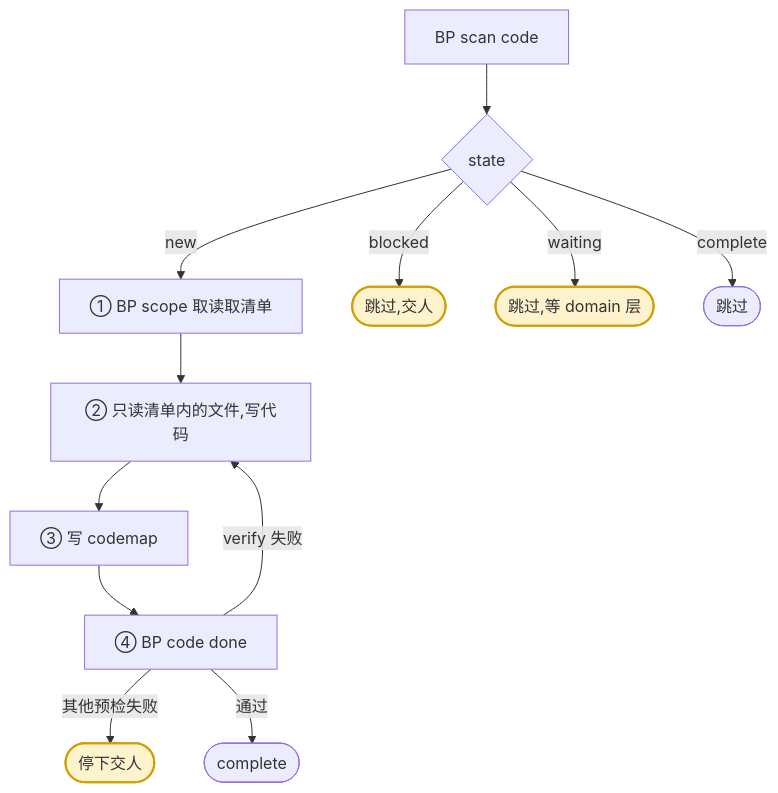
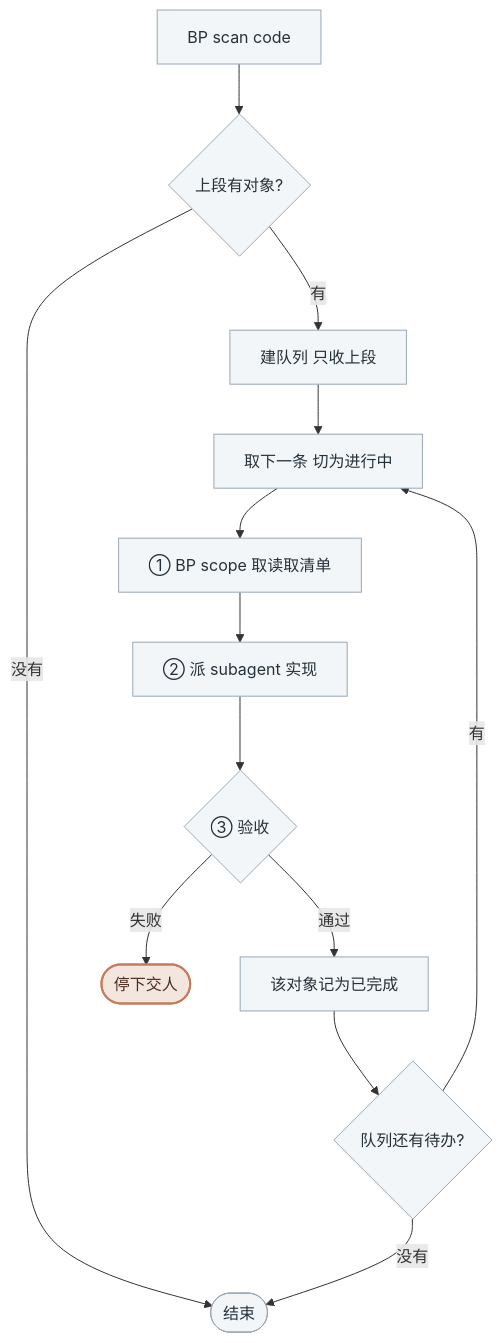
The diagram in skills/blueprint/assets/skills/code.md (chxt100016/blueprint), drawn with Mermaid before and after one commit. The commit also changed other lines of this file and 50 other files, not shown here.

````diff
--- a/skills/blueprint/assets/skills/code.md
+++ b/skills/blueprint/assets/skills/code.md
@@ -41,17 +57,19 @@
 ```mermaid
 flowchart TD
-    A[BP scan code] --> B{state}
-    B -->|new| C[① BP scope 取读取清单]
-    B -->|blocked| D([跳过,交人])
-    B -->|waiting| E([跳过,等 domain 层])
-    B -->|complete| F([跳过])
-    C --> G[② 只读清单内的文件,写代码]
-    G --> H[③ 写 codemap]
-    H --> I[④ BP code done]
-    I -->|verify 失败| G
-    I -->|其他预检失败| J([停下交人])
-    I -->|通过| K([complete])
+    S1[BP scan code] --> S2{上段有对象?}
+    S2 -->|没有| ZZ([结束])
+    S2 -->|有| S3[建队列 只收上段]
+    S3 --> S4[取下一条 切为进行中]
+    S4 --> C[① BP scope 取读取清单]
+    C --> D[② 派 subagent 实现]
+    D --> E{③ 验收}
+    E -->|失败| J([停下交人])
+    E -->|通过| S5[该对象记为已完成]
+    S5 --> S6{队列还有待办?}
+    S6 -->|有| S4
+    S6 -->|没有| ZZ
 
-    classDef human fill:#fff3cd,stroke:#d39e00,stroke-width:2px
-    class D,E,J human
+    classDef default fill:#f3f6f8,stroke:#9aa8b4,color:#27313a
+    classDef human fill:#f3e6df,stroke:#c77a5c,color:#4a2c21,stroke-width:2px
+    class J human
 ```
````
